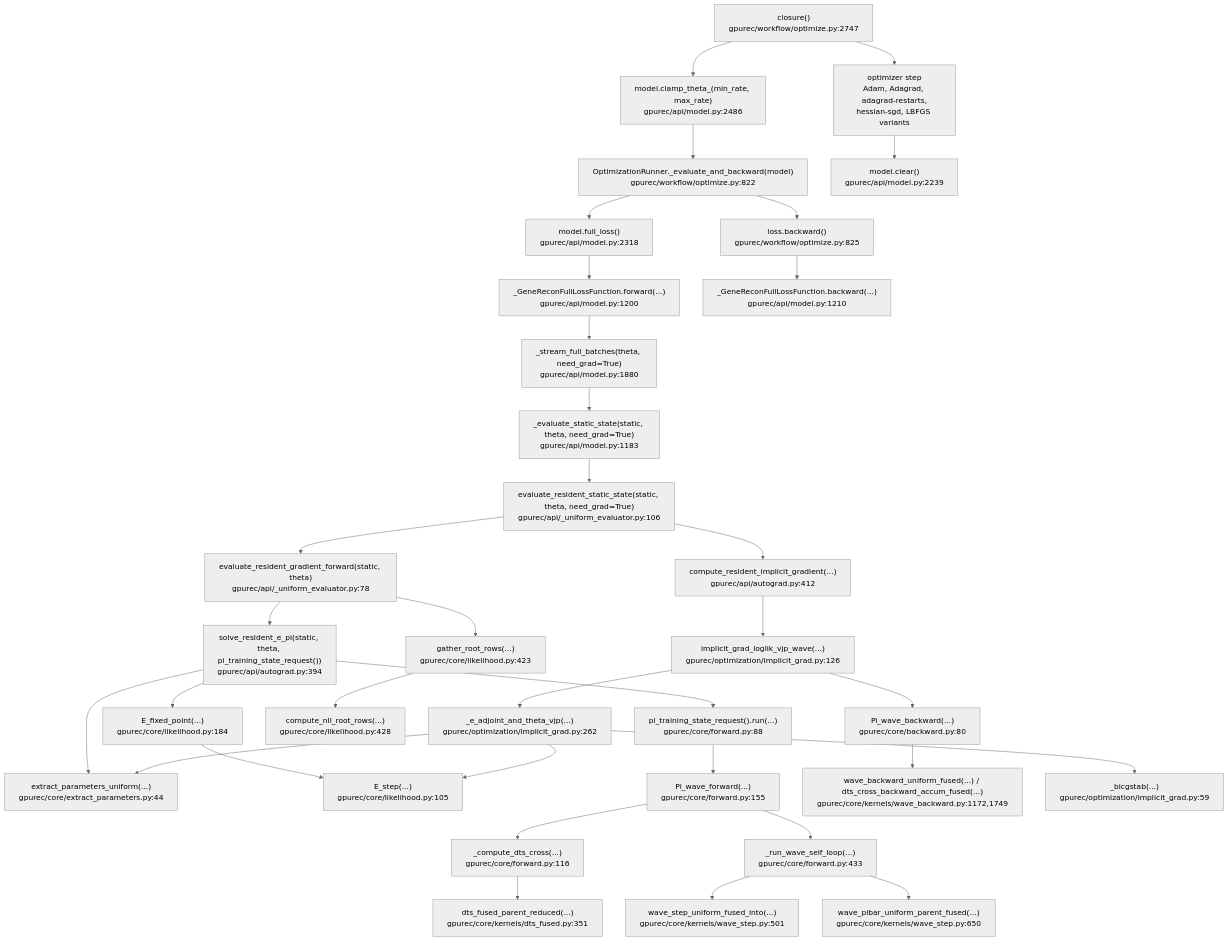
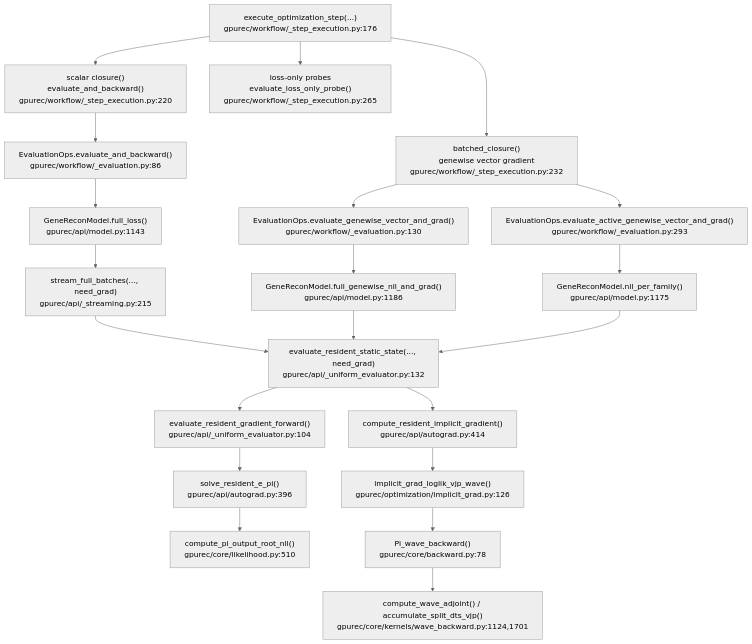
The fourth of 5 diagrams in docs/optimization-workflow-call-graph.md (SisyphusMountain/gpurec), drawn with Mermaid (neutral theme) before and after one commit. The commit also changed other lines of this file and 56 other files, not shown here.

Commit message:
Refactor CLI and optimization workflow modules

````diff
--- a/docs/optimization-workflow-call-graph.md
+++ b/docs/optimization-workflow-call-graph.md
@@ -90,54 +130,29 @@
 ```mermaid
 flowchart TD
-  Closure["closure()<br/>gpurec/workflow/optimize.py:2747"]
-  ClampBefore["model.clamp_theta_(min_rate, max_rate)<br/>gpurec/api/model.py:2486"]
-  EvalBackward["OptimizationRunner._evaluate_and_backward(model)<br/>gpurec/workflow/optimize.py:822"]
-  FullLoss["model.full_loss()<br/>gpurec/api/model.py:2318"]
-  FullLossFn["_GeneReconFullLossFunction.forward(...)<br/>gpurec/api/model.py:1200"]
-  Stream["_stream_full_batches(theta, need_grad=True)<br/>gpurec/api/model.py:1880"]
-  ModelEval["_evaluate_static_state(static, theta, need_grad=True)<br/>gpurec/api/model.py:1183"]
-  EvalStatic["evaluate_resident_static_state(static, theta, need_grad=True)<br/>gpurec/api/_uniform_evaluator.py:106"]
-  ForwardSolve["evaluate_resident_gradient_forward(static, theta)<br/>gpurec/api/_uniform_evaluator.py:78"]
-  SolveEPi["solve_resident_e_pi(static, theta, pi_training_state_request())<br/>gpurec/api/autograd.py:394"]
-  Extract["extract_parameters_uniform(...)<br/>gpurec/core/extract_parameters.py:44"]
-  EFixed["E_fixed_point(...)<br/>gpurec/core/likelihood.py:184"]
-  EStep["E_step(...)<br/>gpurec/core/likelihood.py:105"]
-  PiRequest["pi_training_state_request().run(...)<br/>gpurec/core/forward.py:88"]
-  PiForward["Pi_wave_forward(...)<br/>gpurec/core/forward.py:155"]
-  DTS["_compute_dts_cross(...)<br/>gpurec/core/forward.py:116"]
-  DTSKernel["dts_fused_parent_reduced(...)<br/>gpurec/core/kernels/dts_fused.py:351"]
-  SelfLoop["_run_wave_self_loop(...)<br/>gpurec/core/forward.py:433"]
-  WaveStep["wave_step_uniform_fused_into(...)<br/>gpurec/core/kernels/wave_step.py:501"]
-  Pibar["wave_pibar_uniform_parent_fused(...)<br/>gpurec/core/kernels/wave_step.py:650"]
-  GatherRoots["gather_root_rows(...)<br/>gpurec/core/likelihood.py:423"]
-  NLL["compute_nll_root_rows(...)<br/>gpurec/core/likelihood.py:428"]
+  Step["execute_optimization_step(...)<br/>gpurec/workflow/_step_execution.py:176"]
+  ScalarClosure["scalar closure()<br/>evaluate_and_backward()<br/>gpurec/workflow/_step_execution.py:220"]
+  BatchedClosure["batched_closure()<br/>genewise vector gradient<br/>gpurec/workflow/_step_execution.py:232"]
+  LossProbe["loss-only probes<br/>evaluate_loss_only_probe()<br/>gpurec/workflow/_step_execution.py:265"]
+  EvalScalar["EvaluationOps.evaluate_and_backward()<br/>gpurec/workflow/_evaluation.py:86"]
+  EvalVector["EvaluationOps.evaluate_genewise_vector_and_grad()<br/>gpurec/workflow/_evaluation.py:130"]
+  EvalActive["EvaluationOps.evaluate_active_genewise_vector_and_grad()<br/>gpurec/workflow/_evaluation.py:293"]
+  FullLoss["GeneReconModel.full_loss()<br/>gpurec/api/model.py:1143"]
+  FullVector["GeneReconModel.full_genewise_nll_and_grad()<br/>gpurec/api/model.py:1186"]
+  ActiveNLL["GeneReconModel.nll_per_family()<br/>gpurec/api/model.py:1175"]
+  Stream["stream_full_batches(..., need_grad)<br/>gpurec/api/_streaming.py:215"]
+  StaticEval["evaluate_resident_static_state(..., need_grad)<br/>gpurec/api/_uniform_evaluator.py:132"]
+  Forward["evaluate_resident_gradient_forward()<br/>gpurec/api/_uniform_evaluator.py:104"]
+  Solve["solve_resident_e_pi()<br/>gpurec/api/autograd.py:396"]
+  RootNLL["compute_pi_output_root_nll()<br/>gpurec/core/likelihood.py:510"]
+  Implicit["compute_resident_implicit_gradient()<br/>gpurec/api/autograd.py:414"]
+  VJP["implicit_grad_loglik_vjp_wave()<br/>gpurec/optimization/implicit_grad.py:126"]
+  PiBackward["Pi_wave_backward()<br/>gpurec/core/backward.py:78"]
+  BwdKernels["compute_wave_adjoint() / accumulate_split_dts_vjp()<br/>gpurec/core/kernels/wave_backward.py:1124,1701"]
 
-  Implicit["compute_resident_implicit_gradient(...)<br/>gpurec/api/autograd.py:412"]
-  VJP["implicit_grad_loglik_vjp_wave(...)<br/>gpurec/optimization/implicit_grad.py:126"]
-  PiBackward["Pi_wave_backward(...)<br/>gpurec/core/backward.py:80"]
-  BackwardKernels["wave_backward_uniform_fused(...) / dts_cross_backward_accum_fused(...)<br/>gpurec/core/kernels/wave_backward.py:1172,1749"]
-  EAdjoint["_e_adjoint_and_theta_vjp(...)<br/>gpurec/optimization/implicit_grad.py:262"]
-  Bicgstab["_bicgstab(...)<br/>gpurec/optimization/implicit_grad.py:59"]
-  LossBackward["loss.backward()<br/>gpurec/workflow/optimize.py:825"]
-  FullLossFnBackward["_GeneReconFullLossFunction.backward(...)<br/>gpurec/api/model.py:1210"]
-  OptimizerStep["optimizer step<br/>Adam, Adagrad, adagrad-restarts,<br/>hessian-sgd, LBFGS variants"]
-  Clear["model.clear()<br/>gpurec/api/model.py:2239"]
-
-  Closure --> ClampBefore --> EvalBackward --> FullLoss --> FullLossFn --> Stream --> ModelEval --> EvalStatic
-  EvalStatic --> ForwardSolve --> SolveEPi
-  SolveEPi --> Extract
-  SolveEPi --> EFixed --> EStep
-  SolveEPi --> PiRequest --> PiForward
-  PiForward --> DTS --> DTSKernel
-  PiForward --> SelfLoop --> WaveStep
-  SelfLoop --> Pibar
-  ForwardSolve --> GatherRoots --> NLL
-  EvalStatic --> Implicit --> VJP
-  VJP --> PiBackward --> BackwardKernels
-  VJP --> EAdjoint
-  EAdjoint --> Bicgstab
-  EAdjoint --> EStep
-  EAdjoint --> Extract
-  EvalBackward --> LossBackward --> FullLossFnBackward
-  Closure --> OptimizerStep --> Clear
+  Step --> ScalarClosure --> EvalScalar --> FullLoss --> Stream --> StaticEval
+  Step --> BatchedClosure --> EvalVector --> FullVector --> StaticEval
+  BatchedClosure --> EvalActive --> ActiveNLL --> StaticEval
+  Step --> LossProbe
+  StaticEval --> Forward --> Solve --> RootNLL
+  StaticEval --> Implicit --> VJP --> PiBackward --> BwdKernels
 ```
````
